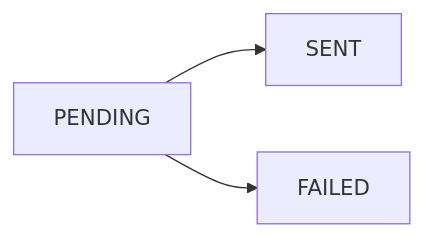
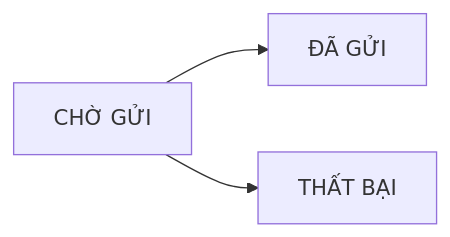
One commit to hau3004/23677151_DongThiAnhThu_CABSYSTEM changed the seventh of 8 diagrams in SRS.md. Above: the diagram before and after it, drawn with Mermaid. The commit also changed other lines of this file, not shown here.

````diff
--- a/SRS.md
+++ b/SRS.md
@@ -1773,5 +625,5 @@
 ```mermaid
 flowchart LR
-    A[PENDING] --> B[SENT]
-    A --> C[FAILED]
+    A[CHỜ GỬI] --> B[ĐÃ GỬI]
+    A --> C[THẤT BẠI]
 ```
````
